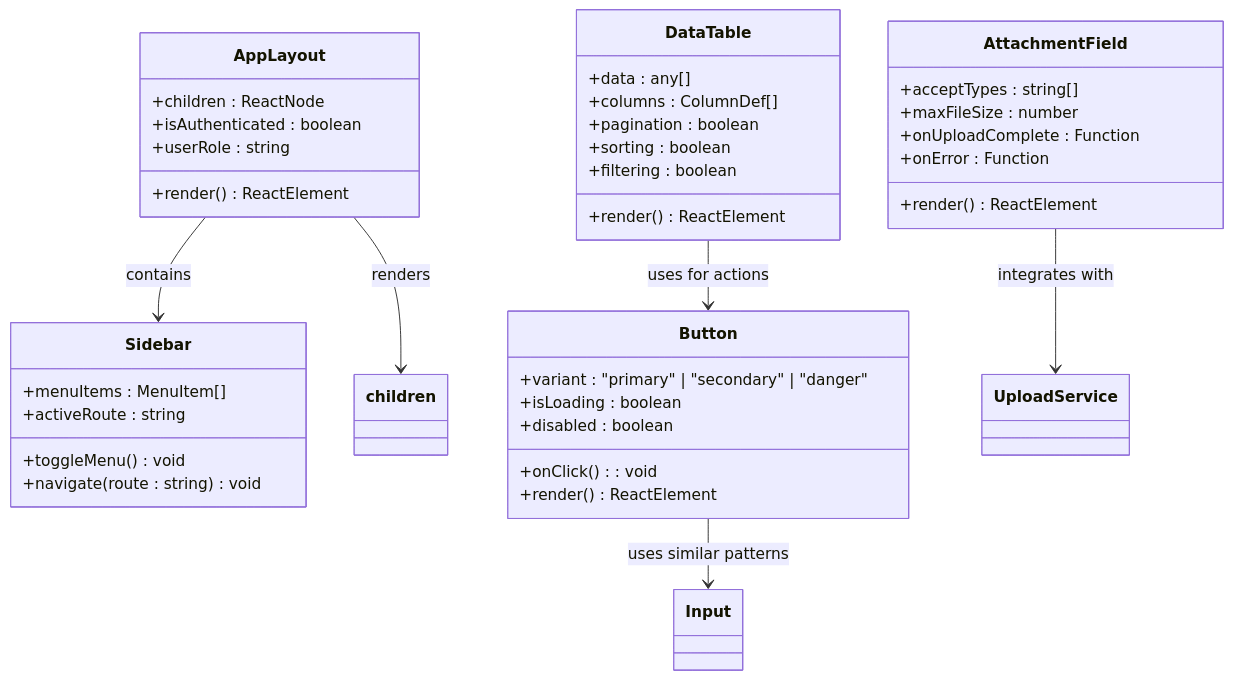
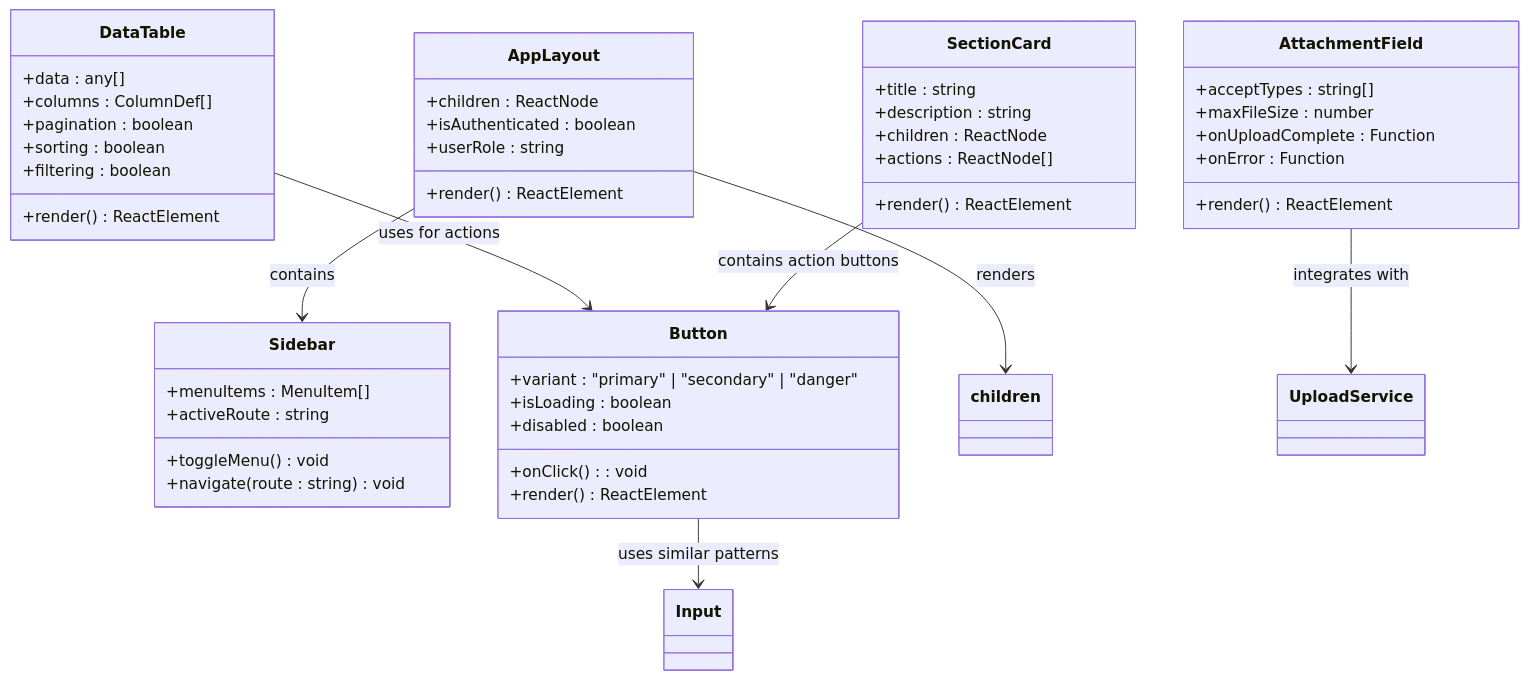
The second of 8 diagrams in .qoder/repowiki/en/content/Arquitetura Frontend/Arquitetura Frontend.md (RobertRuas/windlog), drawn with Mermaid before and after one commit. The commit also changed other lines of this file and 105 other files, not shown here.

````diff
--- a/.qoder/repowiki/en/content/Arquitetura Frontend/Arquitetura Frontend.md
+++ b/.qoder/repowiki/en/content/Arquitetura Frontend/Arquitetura Frontend.md
@@ -161,42 +168,50 @@
 ```mermaid
 classDiagram
 class AppLayout {
 +children : ReactNode
 +isAuthenticated : boolean
 +userRole : string
 +render() ReactElement
 }
 class Sidebar {
 +menuItems : MenuItem[]
 +activeRoute : string
 +toggleMenu() void
 +navigate(route : string) void
 }
 class Button {
 +variant : "primary" | "secondary" | "danger"
 +isLoading : boolean
 +disabled : boolean
 +onClick() : void
 +render() ReactElement
 }
 class DataTable {
 +data : any[]
 +columns : ColumnDef[]
 +pagination : boolean
 +sorting : boolean
 +filtering : boolean
 +render() ReactElement
 }
 class AttachmentField {
 +acceptTypes : string[]
 +maxFileSize : number
 +onUploadComplete : Function
 +onError : Function
 +render() ReactElement
 }
+class SectionCard {
++title : string
++description : string
++children : ReactNode
++actions : ReactNode[]
++render() ReactElement
+}
 AppLayout --> Sidebar : contains
 AppLayout --> children : renders
 Button --> Input : uses similar patterns
 DataTable --> Button : uses for actions
 AttachmentField --> UploadService : integrates with
+SectionCard --> Button : contains action buttons
 ```
````
